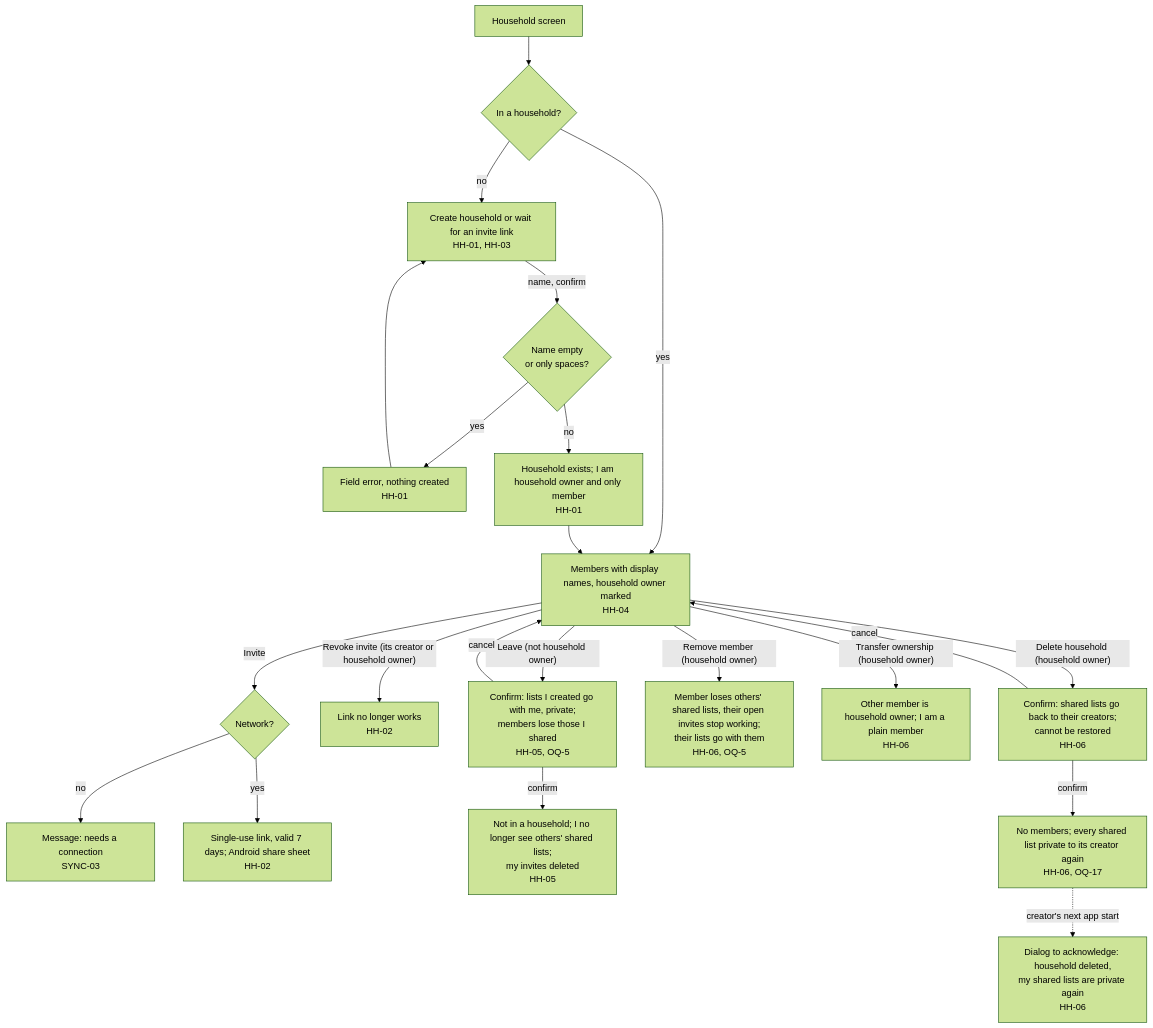
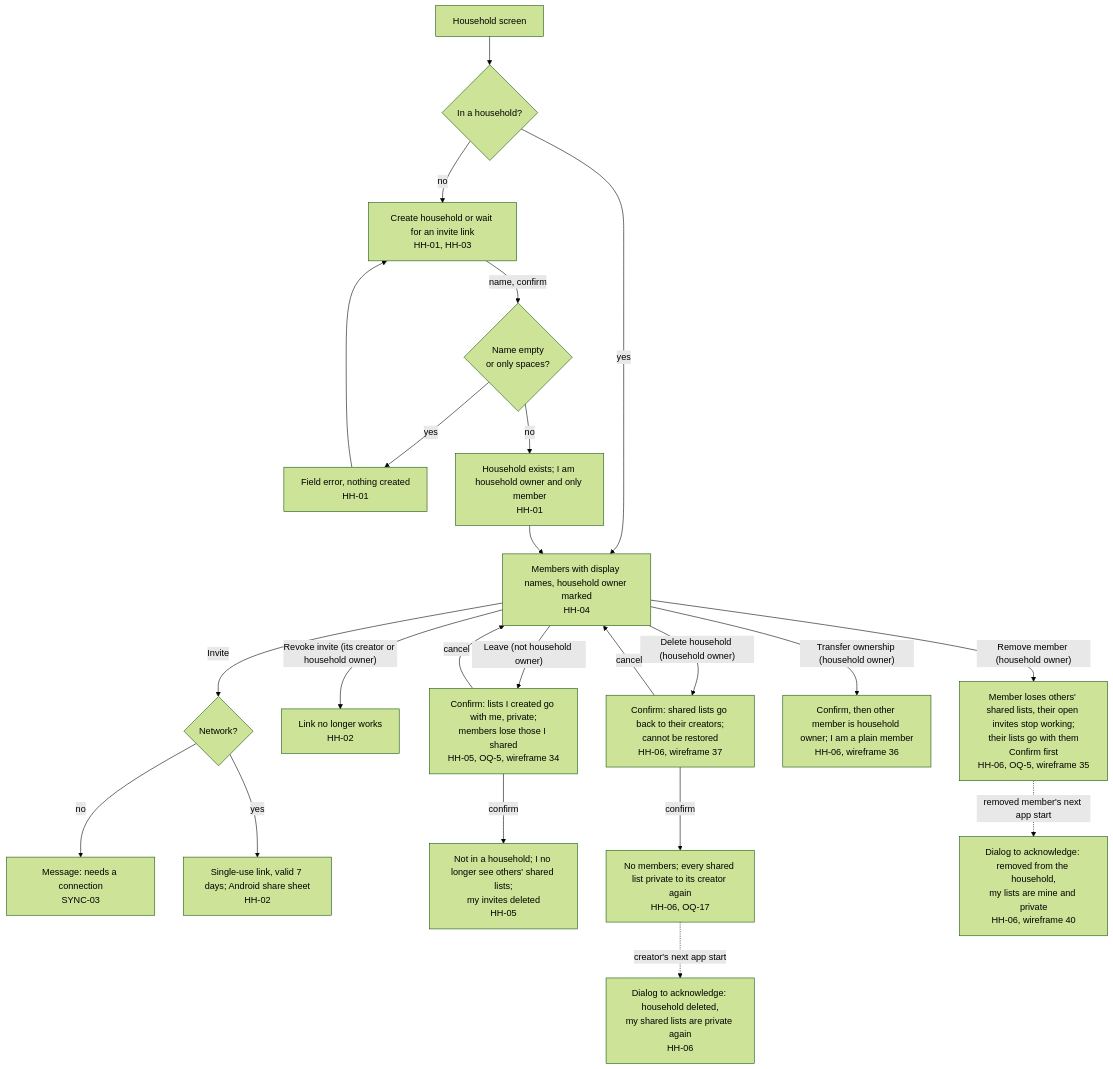
The fourth of 11 diagrams in docs/product/flow.md (bondo/listicles2), drawn with Mermaid (forest theme) before and after one commit. The commit also changed other lines of this file and 1 other file, not shown here.

First line of the commit message:
docs: stories and flow for the M1 UI wording (AUTH-12, START-01, confirmations, texts)

````diff
--- a/docs/product/flow.md
+++ b/docs/product/flow.md
@@ -112,23 +121,24 @@
 ```mermaid
 flowchart TD
     hh["Household screen"] --> inhh{"In a household?"}
     inhh -- "no" --> offer["Create household or wait for an invite link<br>HH-01, HH-03"]
     offer -- "name, confirm" --> valid{"Name empty<br>or only spaces?"}
     valid -- "yes" --> nameerr["Field error, nothing created<br>HH-01"] --> offer
     valid -- "no" --> created["Household exists; I am household owner and only member<br>HH-01"]
     inhh -- "yes" --> members["Members with display names, household owner marked<br>HH-04"]
     created --> members
     members -- "Invite" --> inv{"Network?"}
     inv -- "no" --> invnet["Message: needs a connection<br>SYNC-03"]
     inv -- "yes" --> share["Single-use link, valid 7 days; Android share sheet<br>HH-02"]
     members -- "Revoke invite (its creator or household owner)" --> revoked["Link no longer works<br>HH-02"]
-    members -- "Leave (not household owner)" --> leave["Confirm: lists I created go with me, private;<br>members lose those I shared<br>HH-05, OQ-5"]
+    members -- "Leave (not household owner)" --> leave["Confirm: lists I created go with me, private;<br>members lose those I shared<br>HH-05, OQ-5, wireframe 34"]
     leave -- "cancel" --> members
     leave -- "confirm" --> left["Not in a household; I no longer see others' shared lists;<br>my invites deleted<br>HH-05"]
-    members -- "Remove member (household owner)" --> removed["Member loses others' shared lists, their open invites stop working;<br>their lists go with them<br>HH-06, OQ-5"]
-    members -- "Transfer ownership (household owner)" --> moved["Other member is household owner; I am a plain member<br>HH-06"]
-    members -- "Delete household (household owner)" --> delc["Confirm: shared lists go back to their creators;<br>cannot be restored<br>HH-06"]
+    members -- "Remove member (household owner)" --> removed["Member loses others' shared lists, their open invites stop working;<br>their lists go with them<br>Confirm first<br>HH-06, OQ-5, wireframe 35"]
+    members -- "Transfer ownership (household owner)" --> moved["Confirm, then other member is household owner; I am a plain member<br>HH-06, wireframe 36"]
+    members -- "Delete household (household owner)" --> delc["Confirm: shared lists go back to their creators;<br>cannot be restored<br>HH-06, wireframe 37"]
     delc -- "cancel" --> members
     delc -- "confirm" --> deleted["No members; every shared list private to its creator again<br>HH-06, OQ-17"]
     deleted -. "creator's next app start" .-> notice["Dialog to acknowledge: household deleted,<br>my shared lists are private again<br>HH-06"]
+    removed -. "removed member's next app start" .-> rnotice["Dialog to acknowledge: removed from the household,<br>my lists are mine and private<br>HH-06, wireframe 40"]
 ```
````
